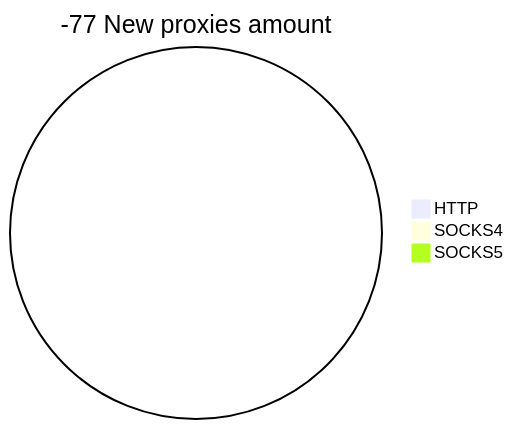
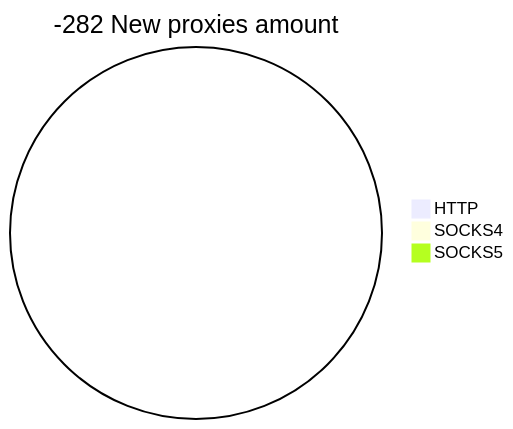
One commit to cutipu/proxylist changed the second of 2 diagrams in README.md. Above: the diagram before and after it, drawn with Mermaid. The commit also changed other lines of this file, not shown here.

````diff
--- a/README.md
+++ b/README.md
@@ -10,6 +10,6 @@
 ```mermaid
-pie title -77 New proxies amount
+pie title -282 New proxies amount
     "HTTP" : 0
     "SOCKS4" : 0
     "SOCKS5" : 0
 ```
````
